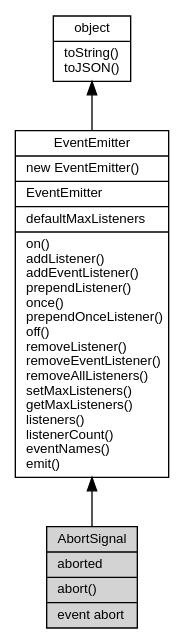
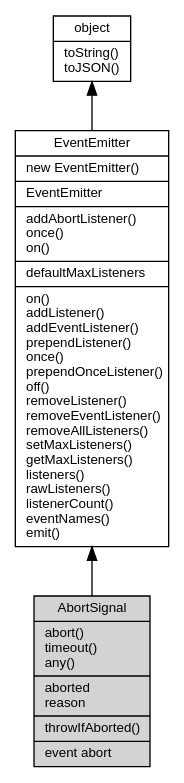
Before and after one commit to fibjs/fibjs.org: the diagram in docs/manual/object/ifs/AbortSignal.md, drawn with Graphviz. The commit also changed other lines of this file and 148 other files, not shown here.

First line of the commit message:
feat: add ZlibCodec documentation and update object graph

````diff
--- a/docs/manual/object/ifs/AbortSignal.md
+++ b/docs/manual/object/ifs/AbortSignal.md
@@ -5,12 +5,12 @@
 ```dot
 digraph {
     node [fontname="Helvetica,sans-Serif", fontsize=10, shape="record", style="filled", fillcolor="white"];
 
     object [tooltip="object", URL="object.md", label="{object|toString()\ltoJSON()\l}"];
-    EventEmitter [tooltip="EventEmitter", URL="EventEmitter.md", label="{EventEmitter|new EventEmitter()\l|EventEmitter\l|defaultMaxListeners\l|on()\laddListener()\laddEventListener()\lprependListener()\lonce()\lprependOnceListener()\loff()\lremoveListener()\lremoveEventListener()\lremoveAllListeners()\lsetMaxListeners()\lgetMaxListeners()\llisteners()\llistenerCount()\leventNames()\lemit()\l}"];
-    AbortSignal [tooltip="AbortSignal", fillcolor="lightgray", id="me", label="{AbortSignal|aborted\l|abort()\l|event abort\l}"];
+    EventEmitter [tooltip="EventEmitter", URL="EventEmitter.md", label="{EventEmitter|new EventEmitter()\l|EventEmitter\l|addAbortListener()\lonce()\lon()\l|defaultMaxListeners\l|on()\laddListener()\laddEventListener()\lprependListener()\lonce()\lprependOnceListener()\loff()\lremoveListener()\lremoveEventListener()\lremoveAllListeners()\lsetMaxListeners()\lgetMaxListeners()\llisteners()\lrawListeners()\llistenerCount()\leventNames()\lemit()\l}"];
+    AbortSignal [tooltip="AbortSignal", fillcolor="lightgray", id="me", label="{AbortSignal|abort()\ltimeout()\lany()\l|aborted\lreason\l|throwIfAborted()\l|event abort\l}"];
 
     object -> EventEmitter [dir=back];
     EventEmitter -> AbortSignal [dir=back];
 }
 ```
````
